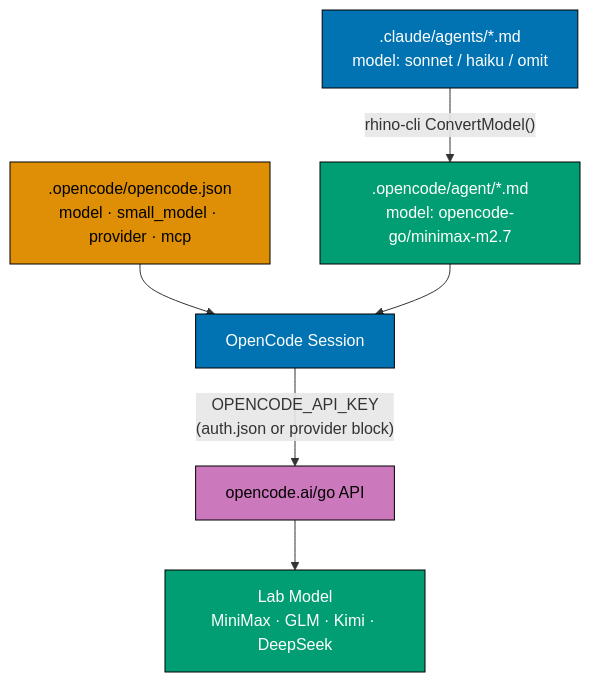
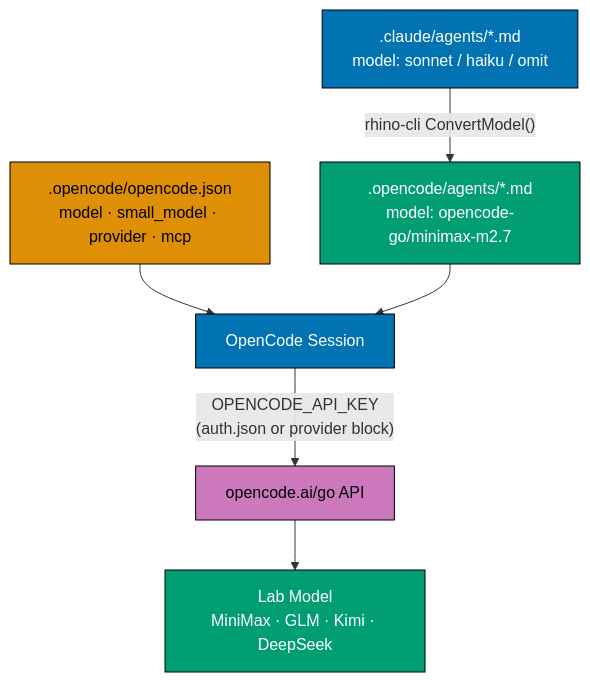
The first of 3 diagrams in plans/in-progress/2026-04-30__adopt-opencode-go/tech-docs.md (wahidyankf/ose-public), drawn with Mermaid before and after one commit. The commit also changed other lines of this file and 7 other files, not shown here.

````diff
--- a/plans/in-progress/2026-04-30__adopt-opencode-go/tech-docs.md
+++ b/plans/in-progress/2026-04-30__adopt-opencode-go/tech-docs.md
@@ -19,14 +19,14 @@
 ```mermaid
 flowchart TD
-    A[".claude/agents/*.md\nmodel: sonnet / haiku / omit"] -->|"rhino-cli ConvertModel()"| B[".opencode/agent/*.md\nmodel: opencode-go/minimax-m2.7"]
+    A[".claude/agents/*.md\nmodel: sonnet / haiku / omit"] -->|"rhino-cli ConvertModel()"| B[".opencode/agents/*.md\nmodel: opencode-go/minimax-m2.7"]
     C[".opencode/opencode.json\nmodel · small_model · provider · mcp"] --> D["OpenCode Session"]
     B --> D
     D -->|"OPENCODE_API_KEY\n(auth.json or provider block)"| E["opencode.ai/go API"]
     E --> F["Lab Model\nMiniMax · GLM · Kimi · DeepSeek"]
     style A fill:#0173B2,stroke:#000000,color:#FFFFFF
     style B fill:#029E73,stroke:#000000,color:#FFFFFF
     style C fill:#DE8F05,stroke:#000000,color:#000000
     style D fill:#0173B2,stroke:#000000,color:#FFFFFF
     style E fill:#CC78BC,stroke:#000000,color:#000000
     style F fill:#029E73,stroke:#000000,color:#FFFFFF
 ```
````
